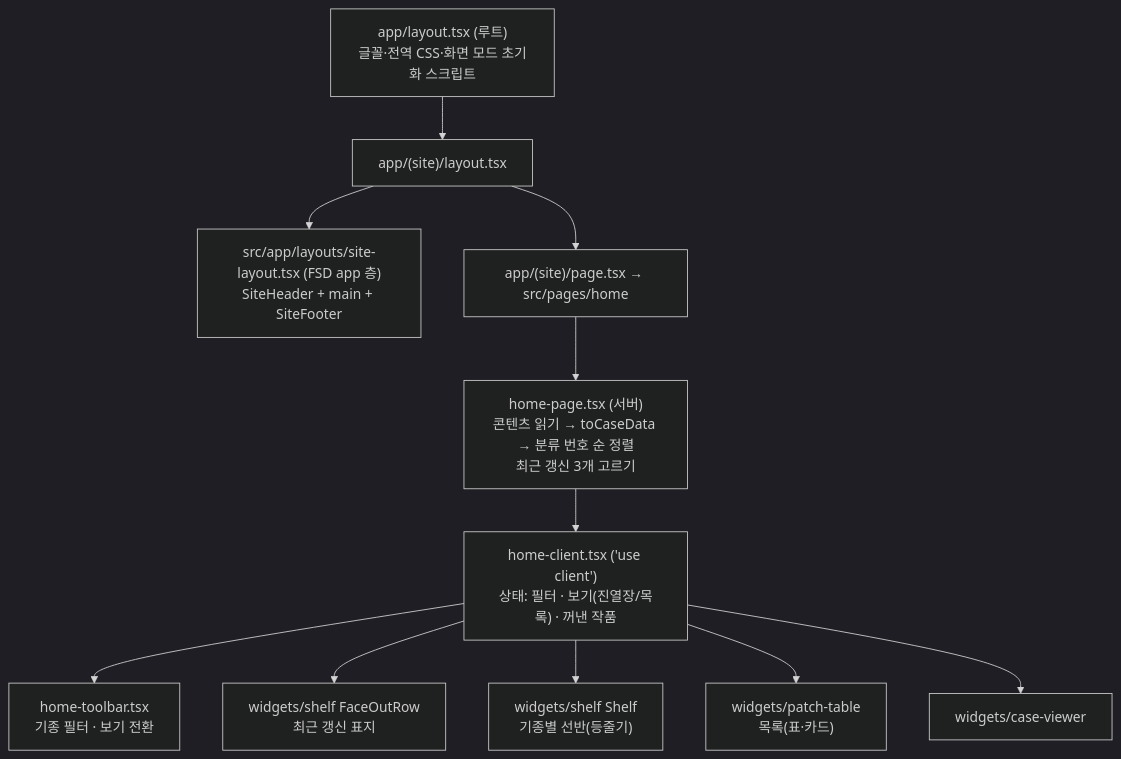
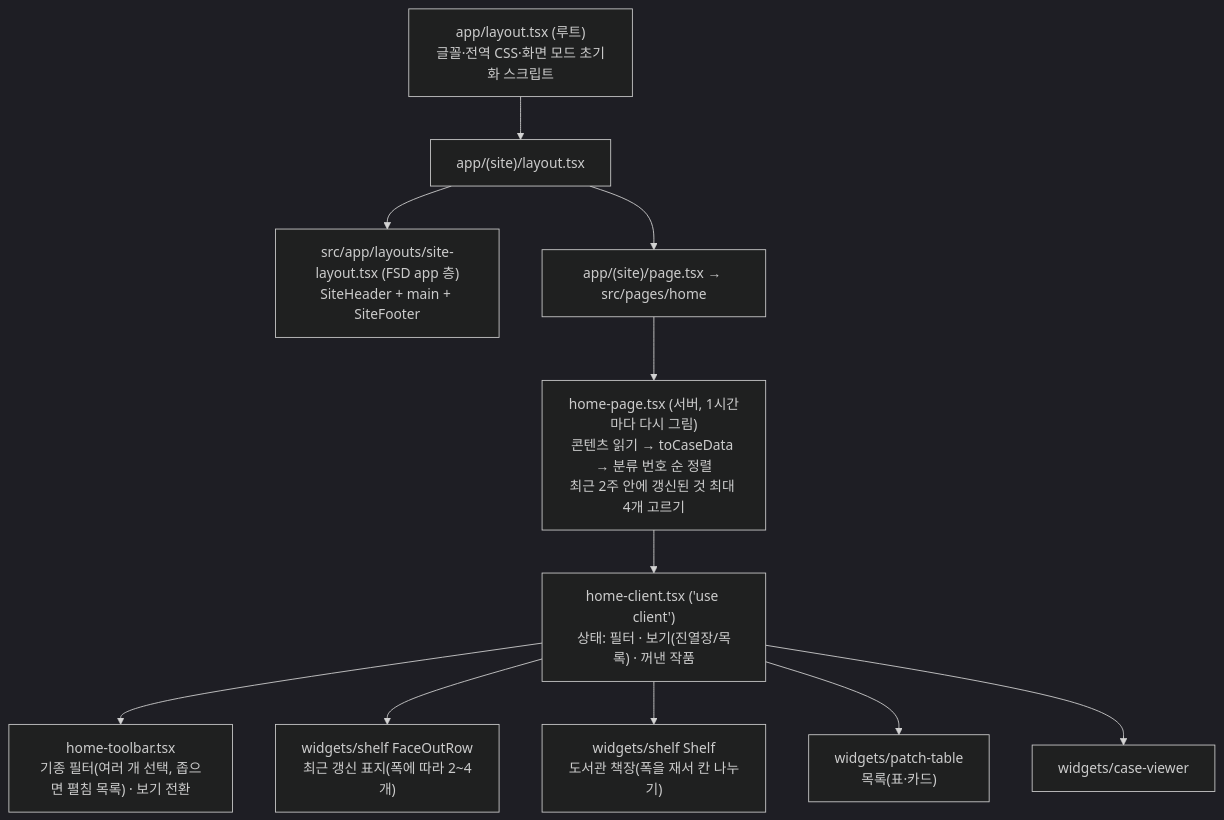
Diagram 14 of 16 in docs/learning/app-flow.md (arqhive/arqhive-web), drawn with Mermaid (dark theme) before and after one commit. The commit also changed other lines of this file and 32 other files, not shown here.

First line of the commit message:
홈 진열장 다듬기: 도서관 책장, 등줄기 통일, 여러 개 선택 필터

````diff
--- a/docs/learning/app-flow.md
+++ b/docs/learning/app-flow.md
@@ -288,13 +288,13 @@
 ```mermaid
 flowchart TB
   root["app/layout.tsx (루트)<br/>글꼴·전역 CSS·화면 모드 초기화 스크립트"] --> grp["app/(site)/layout.tsx"]
   grp --> sl["src/app/layouts/site-layout.tsx (FSD app 층)<br/>SiteHeader + main + SiteFooter"]
   grp --> page["app/(site)/page.tsx → src/pages/home"]
-  page --> hp["home-page.tsx (서버)<br/>콘텐츠 읽기 → toCaseData → 분류 번호 순 정렬<br/>최근 갱신 3개 고르기"]
+  page --> hp["home-page.tsx (서버, 1시간마다 다시 그림)<br/>콘텐츠 읽기 → toCaseData → 분류 번호 순 정렬<br/>최근 2주 안에 갱신된 것 최대 4개 고르기"]
   hp --> hc["home-client.tsx ('use client')<br/>상태: 필터 · 보기(진열장/목록) · 꺼낸 작품"]
-  hc --> tb["home-toolbar.tsx<br/>기종 필터 · 보기 전환"]
-  hc --> fo["widgets/shelf FaceOutRow<br/>최근 갱신 표지"]
-  hc --> sh["widgets/shelf Shelf<br/>기종별 선반(등줄기)"]
+  hc --> tb["home-toolbar.tsx<br/>기종 필터(여러 개 선택, 좁으면 펼침 목록) · 보기 전환"]
+  hc --> fo["widgets/shelf FaceOutRow<br/>최근 갱신 표지(폭에 따라 2~4개)"]
+  hc --> sh["widgets/shelf Shelf<br/>도서관 책장(폭을 재서 칸 나누기)"]
   hc --> pt["widgets/patch-table<br/>목록(표·카드)"]
   hc --> cv["widgets/case-viewer"]
 ```
````
